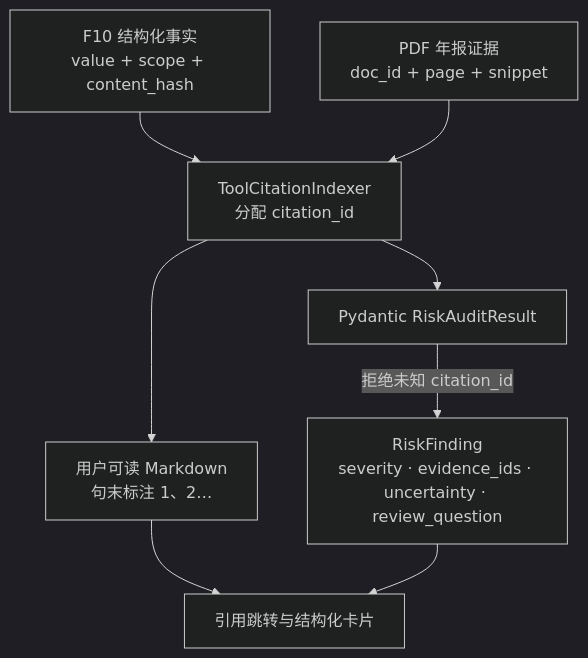
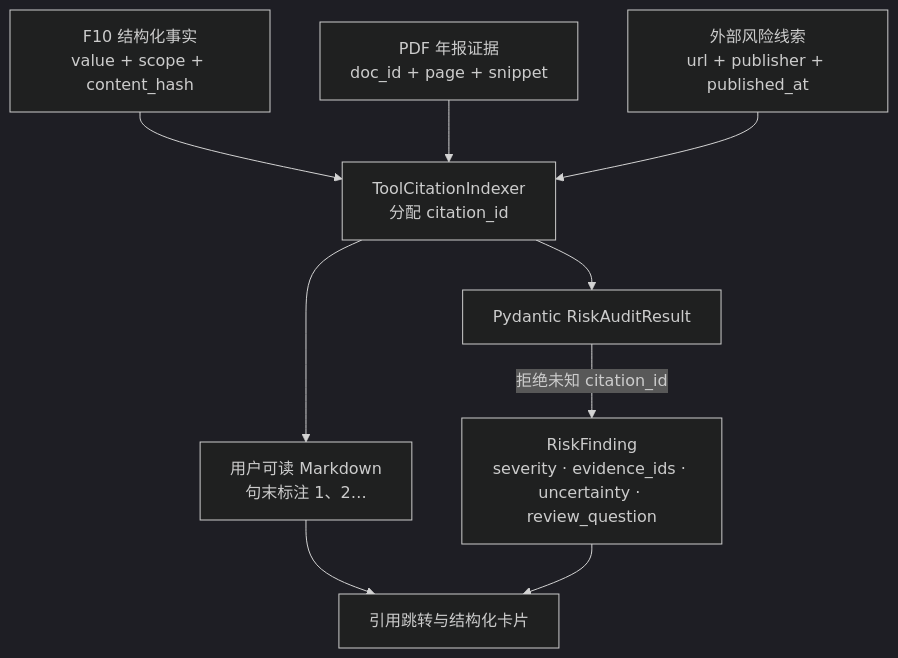
Before and after one commit to WWBQ/regops_copilot: the fourth of 4 diagrams in docs/ARCHITECTURE.md, drawn with Mermaid (dark theme). The commit also changed other lines of this file and 28 other files, not shown here.

````diff
--- a/docs/ARCHITECTURE.md
+++ b/docs/ARCHITECTURE.md
@@ -115,18 +130,20 @@
 ```mermaid
 flowchart TB
     F10[F10 结构化事实<br/>value + scope + content_hash]
     PDF[PDF 年报证据<br/>doc_id + page + snippet]
+    WEB[外部风险线索<br/>url + publisher + published_at]
     IDX[ToolCitationIndexer<br/>分配 citation_id]
     MD[用户可读 Markdown<br/>句末标注 1、2…]
     DTO[Pydantic RiskAuditResult]
     RF[RiskFinding<br/>severity · evidence_ids · uncertainty · review_question]
     UI[引用跳转与结构化卡片]
 
     F10 --> IDX
     PDF --> IDX
+    WEB --> IDX
     IDX --> MD
     IDX --> DTO
     DTO -->|拒绝未知 citation_id| RF
     MD --> UI
     RF --> UI
 ```
````
